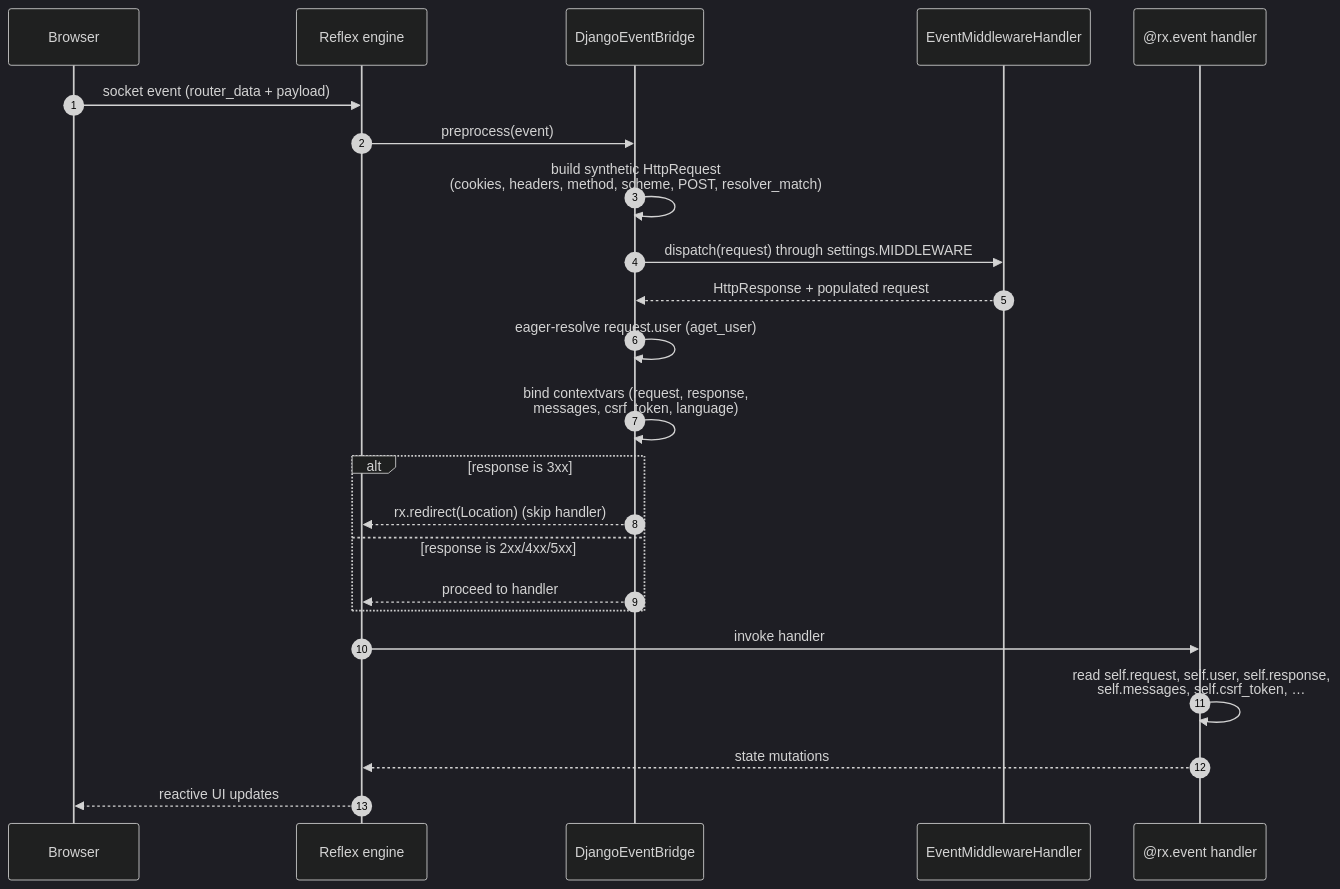
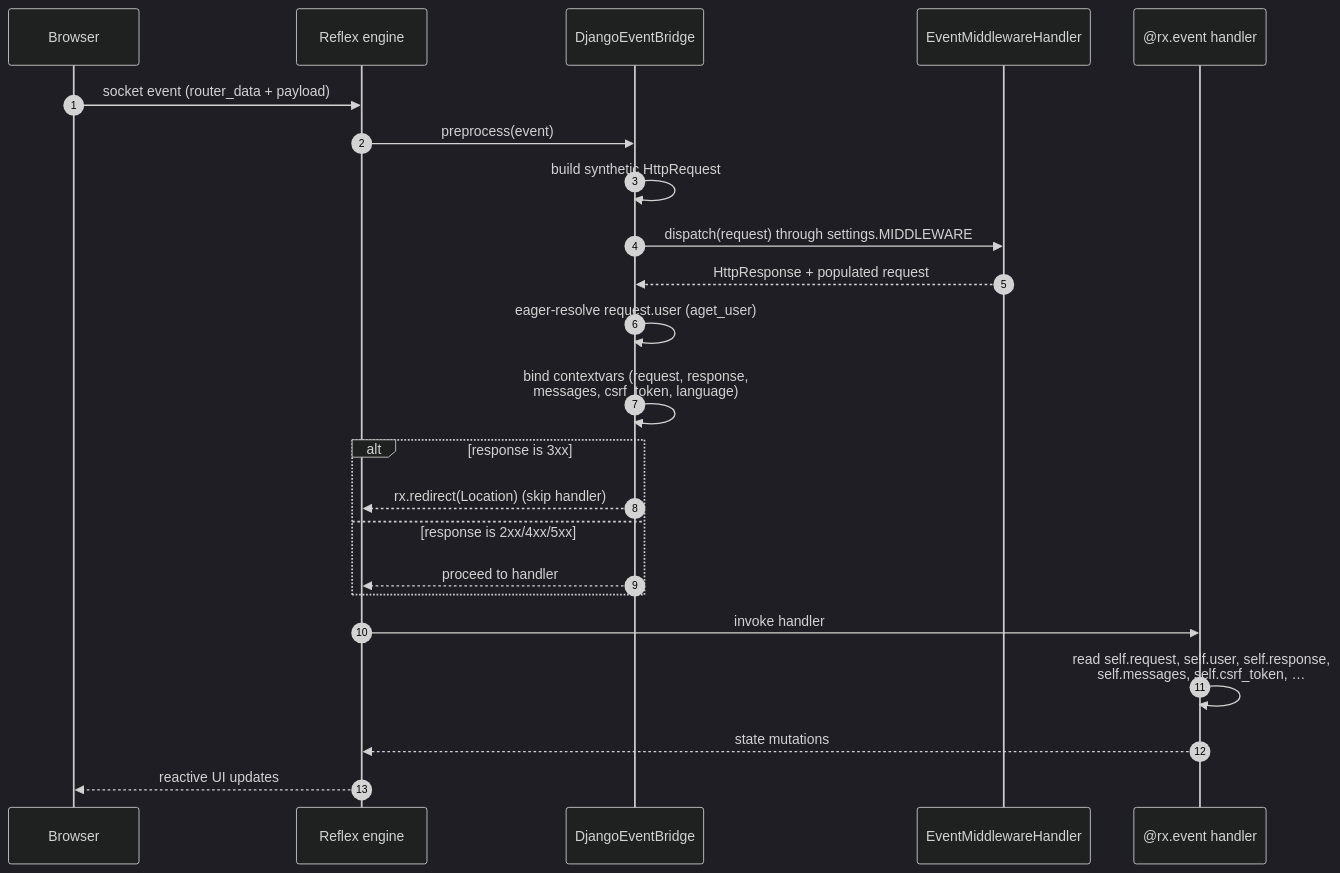
The third of 4 diagrams in docs/architecture.md (web7ai/reflex-django), drawn with Mermaid (dark theme) before and after one commit. The commit also changed other lines of this file and 42 other files, not shown here.

````diff
--- a/docs/architecture.md
+++ b/docs/architecture.md
@@ -158,26 +168,26 @@
 ```mermaid
 sequenceDiagram
     autonumber
     participant Browser
     participant Reflex as Reflex engine
     participant Bridge as DjangoEventBridge
     participant Handler as EventMiddlewareHandler
     participant State as @rx.event handler
 
     Browser->>Reflex: socket event (router_data + payload)
     Reflex->>Bridge: preprocess(event)
-    Bridge->>Bridge: build synthetic HttpRequest<br/>(cookies, headers, method, scheme, POST, resolver_match)
+    Bridge->>Bridge: build synthetic HttpRequest
     Bridge->>Handler: dispatch(request) through settings.MIDDLEWARE
     Handler-->>Bridge: HttpResponse + populated request
     Bridge->>Bridge: eager-resolve request.user (aget_user)
     Bridge->>Bridge: bind contextvars (request, response,<br/>messages, csrf_token, language)
     alt response is 3xx
         Bridge-->>Reflex: rx.redirect(Location) (skip handler)
     else response is 2xx/4xx/5xx
         Bridge-->>Reflex: proceed to handler
     end
     Reflex->>State: invoke handler
     State->>State: read self.request, self.user, self.response,<br/>self.messages, self.csrf_token, …
     State-->>Reflex: state mutations
     Reflex-->>Browser: reactive UI updates
 ```
````
